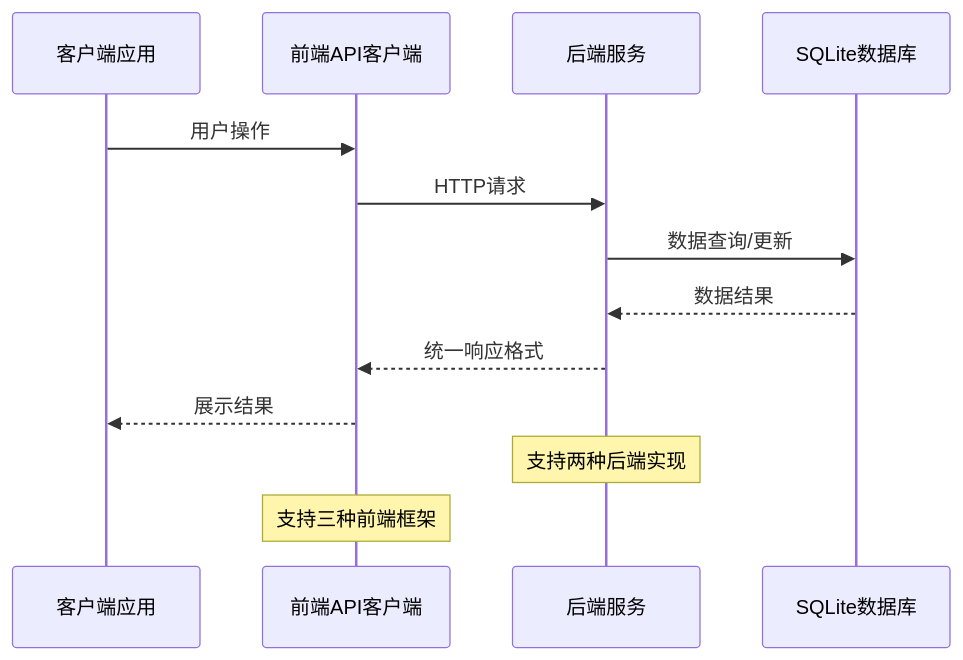
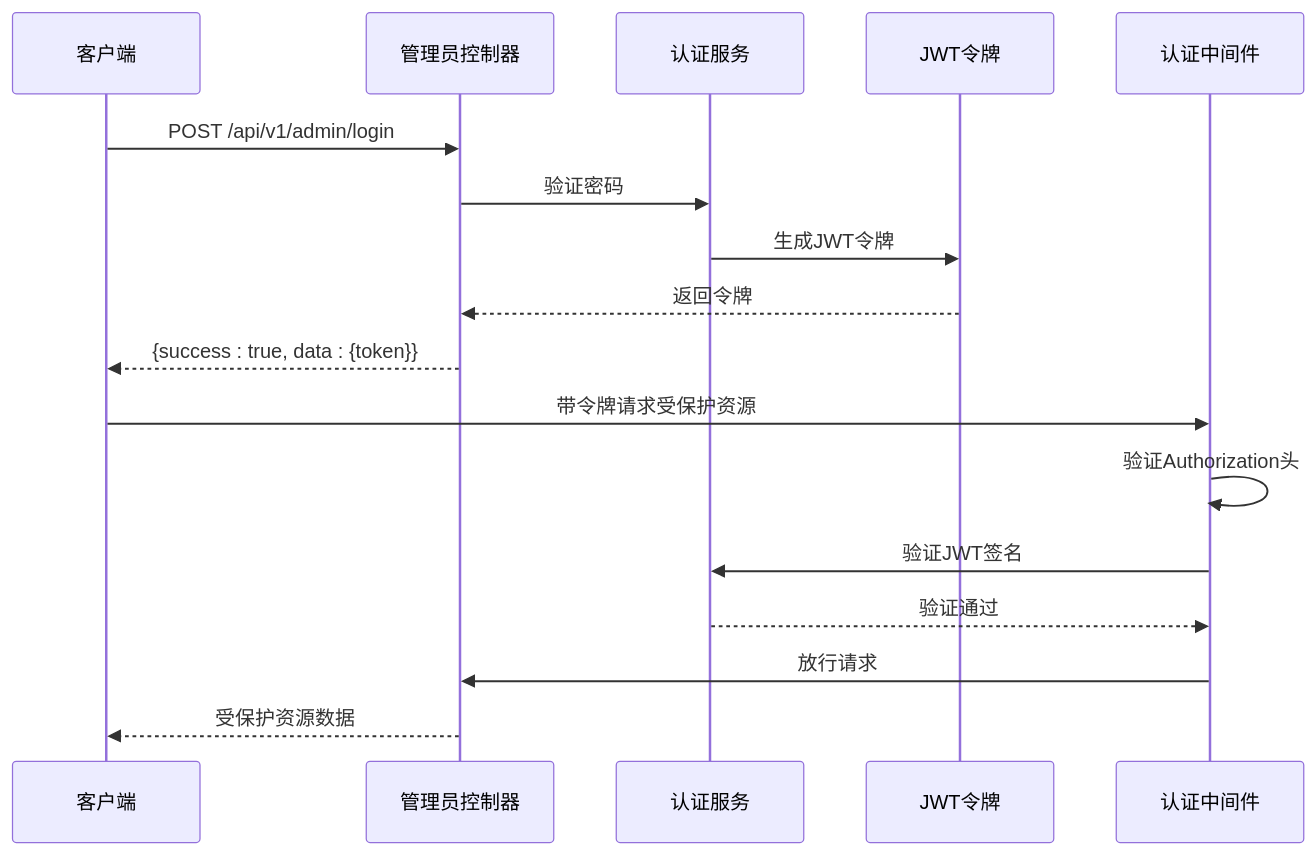
The third of 6 diagrams in .qoder/repowiki/zh/content/API接口文档/API接口文档.md (alexy2008/TimeCapsule), drawn with Mermaid before and after one commit. The commit also changed other lines of this file and 247 other files, not shown here.

````diff
--- a/.qoder/repowiki/zh/content/API接口文档/API接口文档.md
+++ b/.qoder/repowiki/zh/content/API接口文档/API接口文档.md
@@ -137,15 +144,19 @@
 ```mermaid
 sequenceDiagram
-participant Client as 客户端应用
-participant Frontend as 前端API客户端
-participant Backend as 后端服务
-participant Database as SQLite数据库
-Client->>Frontend : 用户操作
-Frontend->>Backend : HTTP请求
-Backend->>Database : 数据查询/更新
-Database-->>Backend : 数据结果
-Backend-->>Frontend : 统一响应格式
-Frontend-->>Client : 展示结果
-Note over Backend : 支持两种后端实现
-Note over Frontend : 支持三种前端框架
+participant Client as 客户端
+participant Admin as 管理员控制器
+participant Service as 认证服务
+participant Token as JWT令牌
+participant Middleware as 认证中间件
+Client->>Admin : POST /api/v1/admin/login
+Admin->>Service : 验证密码
+Service->>Token : 生成JWT令牌
+Token-->>Admin : 返回令牌
+Admin-->>Client : {success : true, data : {token}}
+Client->>Middleware : 带令牌请求受保护资源
+Middleware->>Middleware : 验证Authorization头
+Middleware->>Service : 验证JWT签名
+Service-->>Middleware : 验证通过
+Middleware->>Admin : 放行请求
+Admin-->>Client : 受保护资源数据
 ```
````
